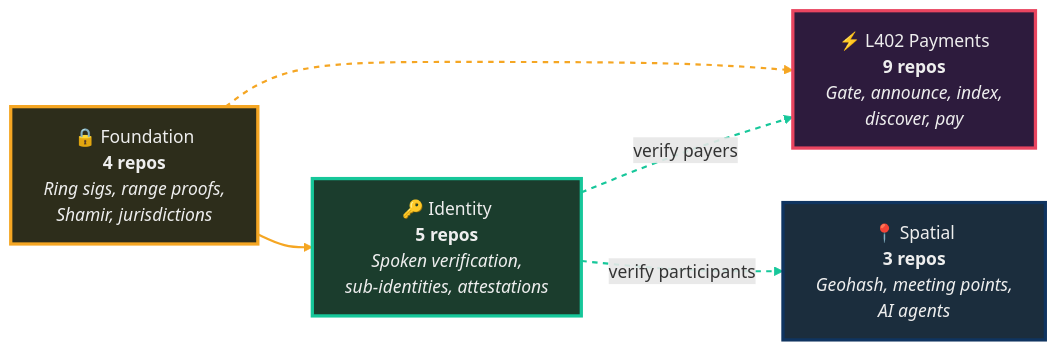
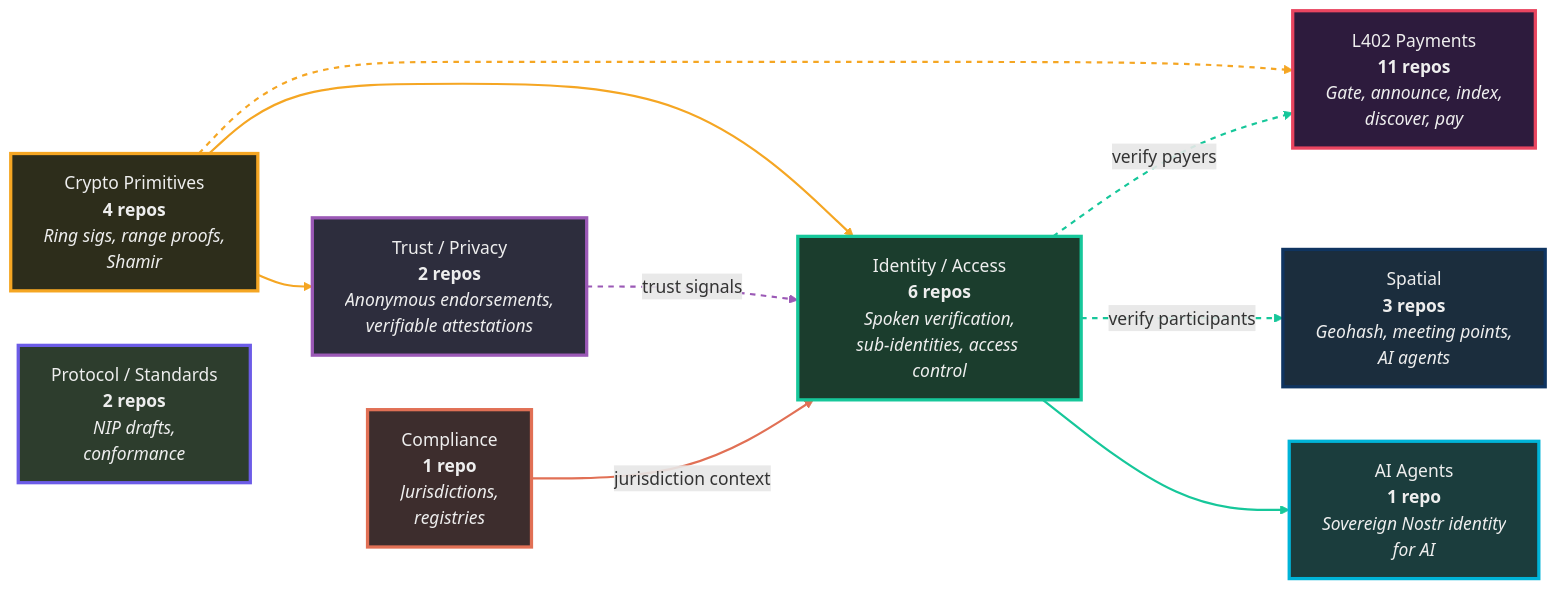
Before and after one commit to forgesworn/.github: the second of 2 diagrams in docs/ecosystem-overview.md, drawn with Mermaid. The commit also changed other lines of this file, not shown here.

Commit message:
docs: update ecosystem overview with 8 categories and 30 repos

````diff
--- a/docs/ecosystem-overview.md
+++ b/docs/ecosystem-overview.md
@@ -81,27 +123,42 @@
 ```mermaid
 graph LR
-    PAY["⚡ L402 Payments<br/><b>9 repos</b><br/><i>Gate, announce, index,<br/>discover, pay</i>"]
-    SPA["📍 Spatial<br/><b>3 repos</b><br/><i>Geohash, meeting points,<br/>AI agents</i>"]
-    IDN["🔑 Identity<br/><b>5 repos</b><br/><i>Spoken verification,<br/>sub-identities, attestations</i>"]
-    FND["🔒 Foundation<br/><b>4 repos</b><br/><i>Ring sigs, range proofs,<br/>Shamir, jurisdictions</i>"]
+    PAY["L402 Payments<br/><b>11 repos</b><br/><i>Gate, announce, index,<br/>discover, pay</i>"]
+    SPA["Spatial<br/><b>3 repos</b><br/><i>Geohash, meeting points,<br/>AI agents</i>"]
+    IDN["Identity / Access<br/><b>6 repos</b><br/><i>Spoken verification,<br/>sub-identities, access control</i>"]
+    AGT["AI Agents<br/><b>1 repo</b><br/><i>Sovereign Nostr identity<br/>for AI</i>"]
+    TRU["Trust / Privacy<br/><b>2 repos</b><br/><i>Anonymous endorsements,<br/>verifiable attestations</i>"]
+    FND["Crypto Primitives<br/><b>4 repos</b><br/><i>Ring sigs, range proofs,<br/>Shamir</i>"]
+    CMP["Compliance<br/><b>1 repo</b><br/><i>Jurisdictions,<br/>registries</i>"]
+    PRT["Protocol / Standards<br/><b>2 repos</b><br/><i>NIP drafts,<br/>conformance</i>"]
 
     FND --> IDN
+    FND --> TRU
     FND -.-> PAY
     IDN -.->|"verify payers"| PAY
     IDN -.->|"verify participants"| SPA
+    IDN --> AGT
+    TRU -.->|"trust signals"| IDN
+    CMP -->|"jurisdiction context"| IDN
 
     click PAY "l402-pipeline.md" _blank
-    click SPA "ecosystem-overview.md" _blank
     click IDN "identity-stack.md" _blank
     click FND "identity-stack.md" _blank
 
     style PAY fill:#2d1b3d,stroke:#e94560,color:#eee,stroke-width:3px
     style SPA fill:#1b2d3d,stroke:#0f3460,color:#eee,stroke-width:3px
     style IDN fill:#1b3d2d,stroke:#16c79a,color:#eee,stroke-width:3px
+    style AGT fill:#1b3d3d,stroke:#00b4d8,color:#eee,stroke-width:3px
+    style TRU fill:#2d2d3d,stroke:#9b59b6,color:#eee,stroke-width:3px
     style FND fill:#2d2d1b,stroke:#f5a623,color:#eee,stroke-width:3px
+    style CMP fill:#3d2d2d,stroke:#e17055,color:#eee,stroke-width:3px
+    style PRT fill:#2d3d2d,stroke:#6c5ce7,color:#eee,stroke-width:3px
 
     linkStyle 0 stroke:#f5a623,stroke-width:2px
-    linkStyle 1 stroke:#f5a623,stroke-width:2px,stroke-dasharray:5
-    linkStyle 2 stroke:#16c79a,stroke-width:2px,stroke-dasharray:5
+    linkStyle 1 stroke:#f5a623,stroke-width:2px
+    linkStyle 2 stroke:#f5a623,stroke-width:2px,stroke-dasharray:5
     linkStyle 3 stroke:#16c79a,stroke-width:2px,stroke-dasharray:5
+    linkStyle 4 stroke:#16c79a,stroke-width:2px,stroke-dasharray:5
+    linkStyle 5 stroke:#16c79a,stroke-width:2px
+    linkStyle 6 stroke:#9b59b6,stroke-width:2px,stroke-dasharray:5
+    linkStyle 7 stroke:#e17055,stroke-width:2px
 ```
````
